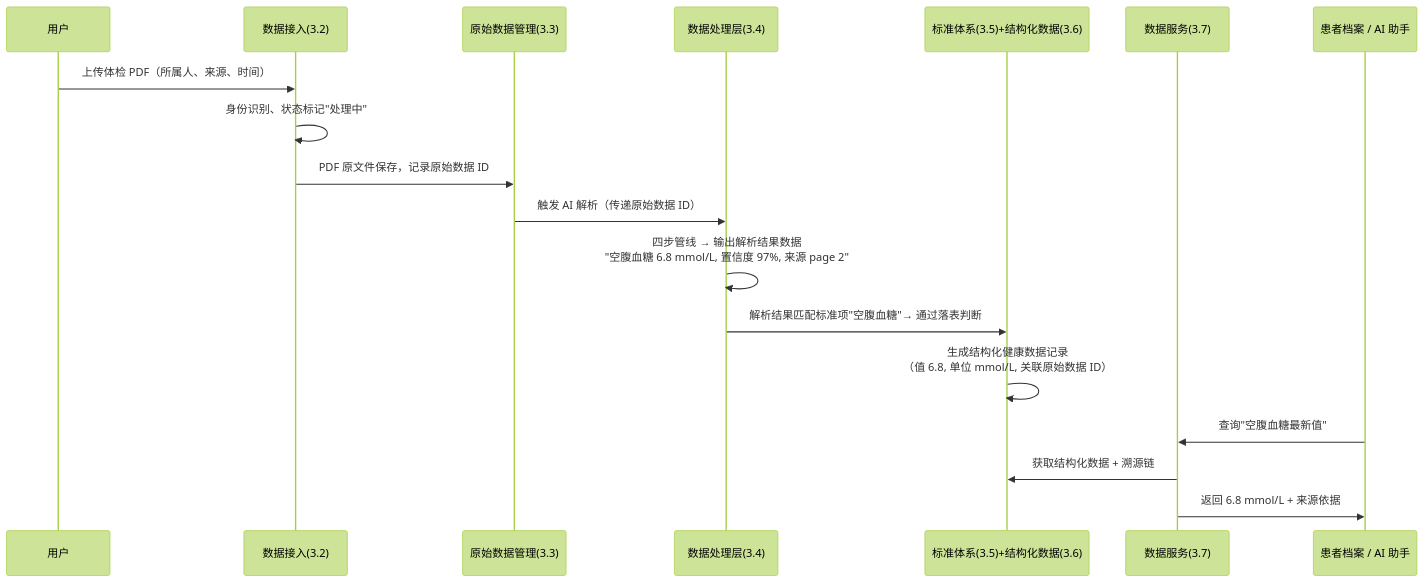
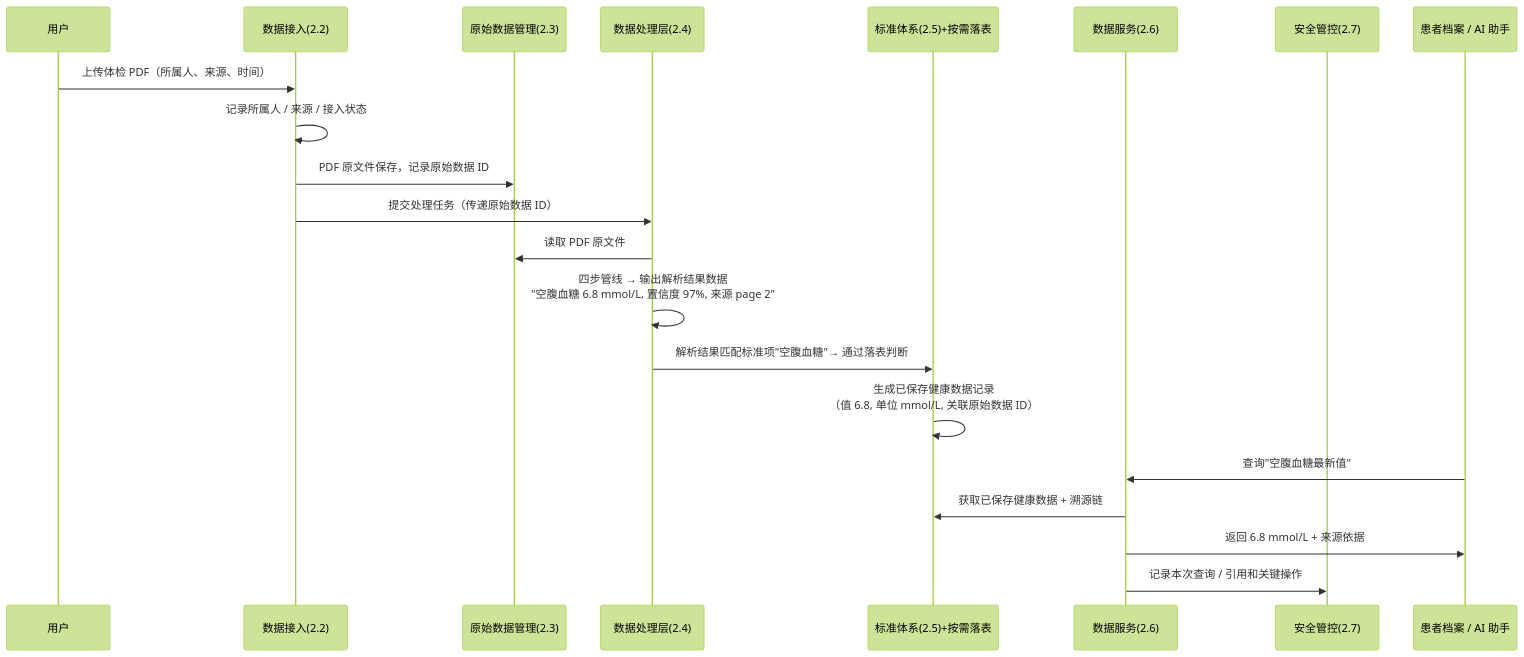
The second of 2 diagrams in docs/product-planning/health-data-center-product-solutions.md (luxinsan/aihmp_b_demo), drawn with Mermaid (forest theme) before and after one commit. The commit also changed other lines of this file, not shown here.

````diff
--- a/docs/product-planning/health-data-center-product-solutions.md
+++ b/docs/product-planning/health-data-center-product-solutions.md
@@ -130,21 +322,24 @@
 ```mermaid
 sequenceDiagram
     participant 用户
-    participant 接入层 as 数据接入(3.2)
-    participant 存储层 as 原始数据管理(3.3)
-    participant 处理层 as 数据处理层(3.4)
-    participant 资产层 as 标准体系(3.5)+结构化数据(3.6)
-    participant 服务层 as 数据服务(3.7)
+    participant 接入层 as 数据接入(2.2)
+    participant 存储层 as 原始数据管理(2.3)
+    participant 处理层 as 数据处理层(2.4)
+    participant 落表层 as 标准体系(2.5)+按需落表
+    participant 服务层 as 数据服务(2.6)
+    participant 安全管控 as 安全管控(2.7)
     participant 业务 as 患者档案 / AI 助手
 
     用户->>接入层: 上传体检 PDF（所属人、来源、时间）
-    接入层->>接入层: 身份识别、状态标记"处理中"
+    接入层->>接入层: 记录所属人 / 来源 / 接入状态
     接入层->>存储层: PDF 原文件保存，记录原始数据 ID
-    存储层->>处理层: 触发 AI 解析（传递原始数据 ID）
+    接入层->>处理层: 提交处理任务（传递原始数据 ID）
+    处理层->>存储层: 读取 PDF 原文件
     处理层->>处理层: 四步管线 → 输出解析结果数据<br/>"空腹血糖 6.8 mmol/L, 置信度 97%, 来源 page 2"
-    处理层->>资产层: 解析结果匹配标准项"空腹血糖"→ 通过落表判断
-    资产层->>资产层: 生成结构化健康数据记录<br/>（值 6.8, 单位 mmol/L, 关联原始数据 ID）
+    处理层->>落表层: 解析结果匹配标准项"空腹血糖"→ 通过落表判断
+    落表层->>落表层: 生成已保存健康数据记录<br/>（值 6.8, 单位 mmol/L, 关联原始数据 ID）
     业务->>服务层: 查询"空腹血糖最新值"
-    服务层->>资产层: 获取结构化数据 + 溯源链
+    服务层->>落表层: 获取已保存健康数据 + 溯源链
     服务层->>业务: 返回 6.8 mmol/L + 来源依据
+    服务层->>安全管控: 记录本次查询 / 引用和关键操作
 ```
````
